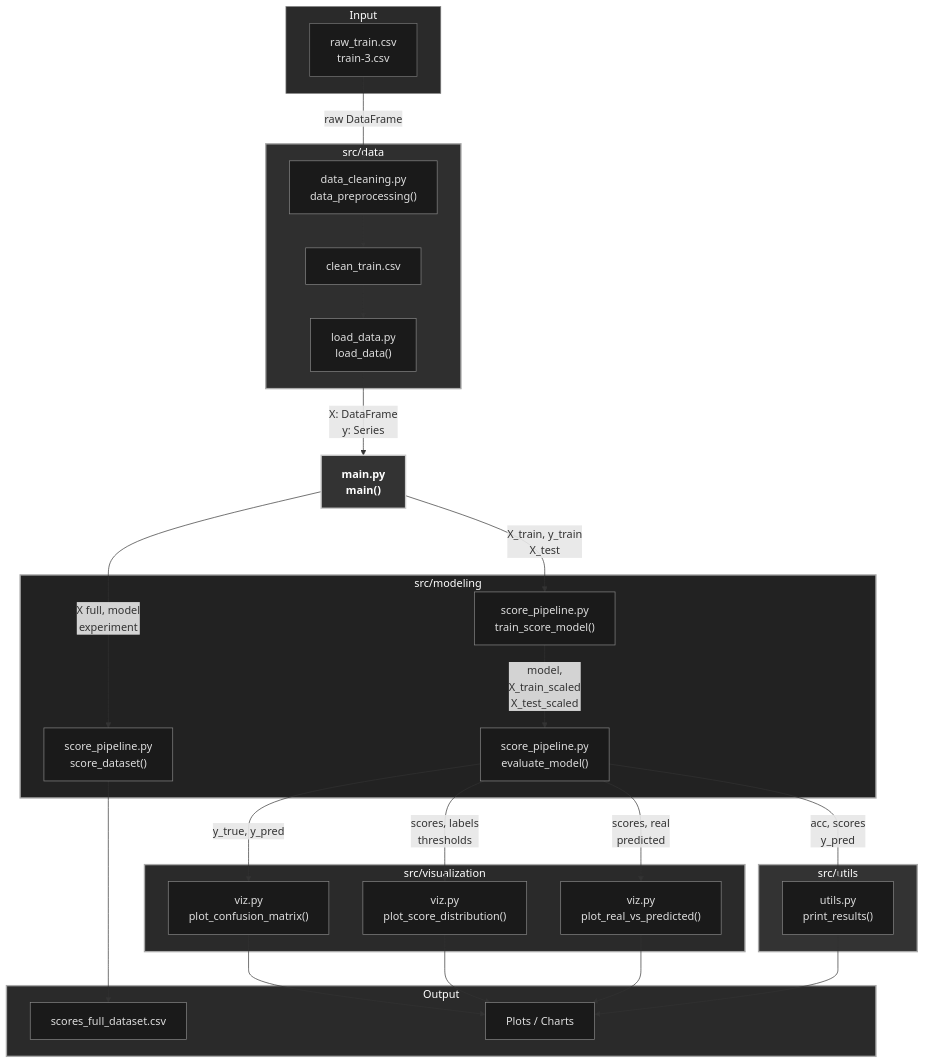
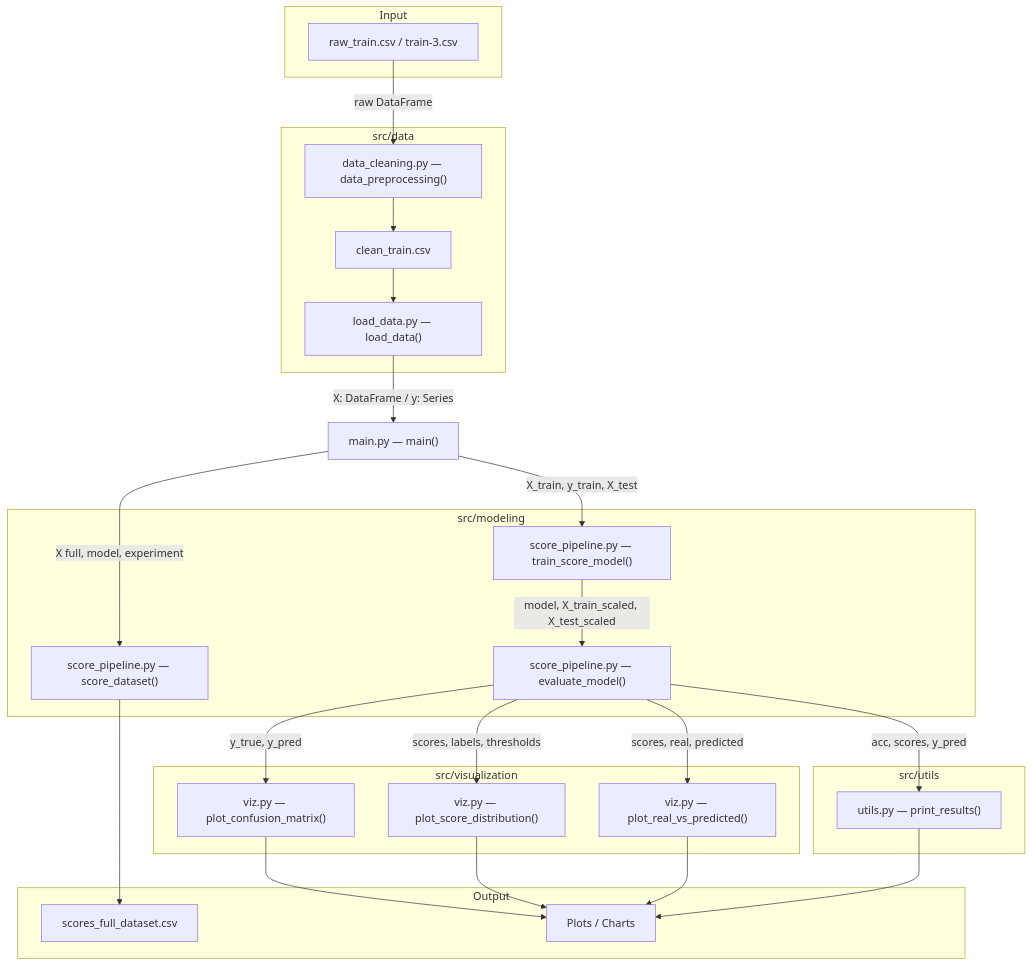
One commit to ppmelch/Credit_Scoring_Model changed the second of 3 diagrams in README.md. Above: the diagram before and after it, drawn with Mermaid. The commit also changed other lines of this file and 2 other files, not shown here.

Commit message:
Add Credit Scoring Model documentation PDF

````diff
--- a/README.md
+++ b/README.md
@@ -122,42 +99,42 @@
 ```mermaid
 flowchart TD
     subgraph INPUT["Input"]
-        RAW["raw_train.csv\ntrain-3.csv"]
+        RAW["raw_train.csv / train-3.csv"]
     end
 
     RAW -->|"raw DataFrame"| DC
 
     subgraph SRCDATA["src/data"]
-        DC["data_cleaning.py\ndata_preprocessing()"]
+        DC["data_cleaning.py — data_preprocessing()"]
         DC --> CLEAN["clean_train.csv"]
-        CLEAN --> LD["load_data.py\nload_data()"]
+        CLEAN --> LD["load_data.py — load_data()"]
     end
 
-    LD -->|"X: DataFrame\ny: Series"| MAIN["main.py\nmain()"]
+    LD -->|"X: DataFrame / y: Series"| MAIN["main.py — main()"]
 
-    MAIN -->|"X_train, y_train\nX_test"| TSM
+    MAIN -->|"X_train, y_train, X_test"| TSM
 
     subgraph SRCMOD["src/modeling"]
-        TSM["score_pipeline.py\ntrain_score_model()"]
-        TSM -->|"model,\nX_train_scaled\nX_test_scaled"| EVM["score_pipeline.py\nevaluate_model()"]
-        SDS["score_pipeline.py\nscore_dataset()"]
+        TSM["score_pipeline.py — train_score_model()"]
+        TSM -->|"model, X_train_scaled, X_test_scaled"| EVM["score_pipeline.py — evaluate_model()"]
+        SDS["score_pipeline.py — score_dataset()"]
     end
 
-    MAIN -->|"X full, model\nexperiment"| SDS
+    MAIN -->|"X full, model, experiment"| SDS
 
     EVM -->|"y_true, y_pred"| CM
-    EVM -->|"scores, labels\nthresholds"| SD
-    EVM -->|"scores, real\npredicted"| RVP
-    EVM -->|"acc, scores\ny_pred"| PR
+    EVM -->|"scores, labels, thresholds"| SD
+    EVM -->|"scores, real, predicted"| RVP
+    EVM -->|"acc, scores, y_pred"| PR
 
     subgraph SRCVIZ["src/visualization"]
-        CM["viz.py\nplot_confusion_matrix()"]
-        SD["viz.py\nplot_score_distribution()"]
-        RVP["viz.py\nplot_real_vs_predicted()"]
+        CM["viz.py — plot_confusion_matrix()"]
+        SD["viz.py — plot_score_distribution()"]
+        RVP["viz.py — plot_real_vs_predicted()"]
     end
 
     subgraph SRCUTILS["src/utils"]
-        PR["utils.py\nprint_results()"]
+        PR["utils.py — print_results()"]
     end
 
     subgraph OUTPUT["Output"]
@@ -170,38 +147,4 @@
     SD --> PLOTS
     RVP --> PLOTS
     PR --> PLOTS
-
-    %% Input
-    style INPUT fill:#2a2a2a,stroke:#888888,color:#ffffff
-    style RAW fill:#1a1a1a,stroke:#777777,color:#dddddd
-
-    %% src/data
-    style SRCDATA fill:#2f2f2f,stroke:#aaaaaa,stroke-width:2px,color:#ffffff
-    style DC fill:#1a1a1a,stroke:#888888,color:#dddddd
-    style CLEAN fill:#1a1a1a,stroke:#888888,color:#dddddd
-    style LD fill:#1a1a1a,stroke:#888888,color:#dddddd
-
-    %% main
-    style MAIN fill:#333333,stroke:#cccccc,stroke-width:2px,color:#ffffff,font-weight:bold
-
-    %% src/modeling
-    style SRCMOD fill:#222222,stroke:#aaaaaa,stroke-width:2px,color:#ffffff
-    style TSM fill:#1a1a1a,stroke:#888888,color:#dddddd
-    style EVM fill:#1a1a1a,stroke:#888888,color:#dddddd
-    style SDS fill:#1a1a1a,stroke:#888888,color:#dddddd
-
-    %% src/visualization
-    style SRCVIZ fill:#2a2a2a,stroke:#aaaaaa,stroke-width:2px,color:#ffffff
-    style CM fill:#1a1a1a,stroke:#888888,color:#dddddd
-    style SD fill:#1a1a1a,stroke:#888888,color:#dddddd
-    style RVP fill:#1a1a1a,stroke:#888888,color:#dddddd
-
-    %% src/utils
-    style SRCUTILS fill:#333333,stroke:#aaaaaa,stroke-width:2px,color:#ffffff
-    style PR fill:#1a1a1a,stroke:#888888,color:#dddddd
-
-    %% output
-    style OUTPUT fill:#2a2a2a,stroke:#aaaaaa,stroke-width:2px,color:#ffffff
-    style CSV fill:#1a1a1a,stroke:#888888,color:#dddddd
-    style PLOTS fill:#1a1a1a,stroke:#888888,color:#dddddd
 ```
````
